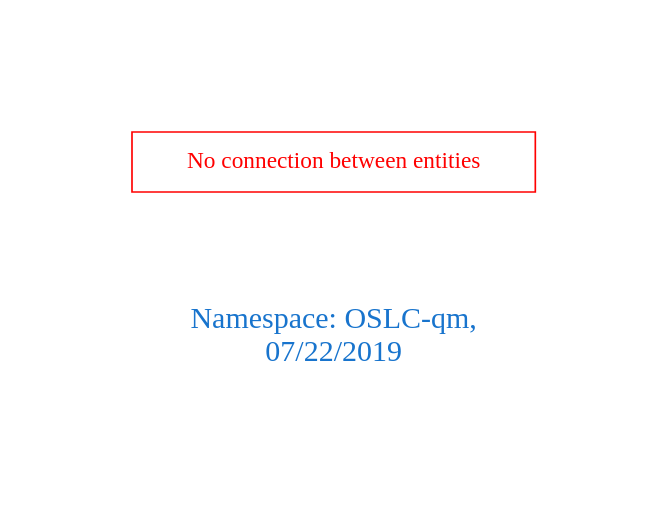
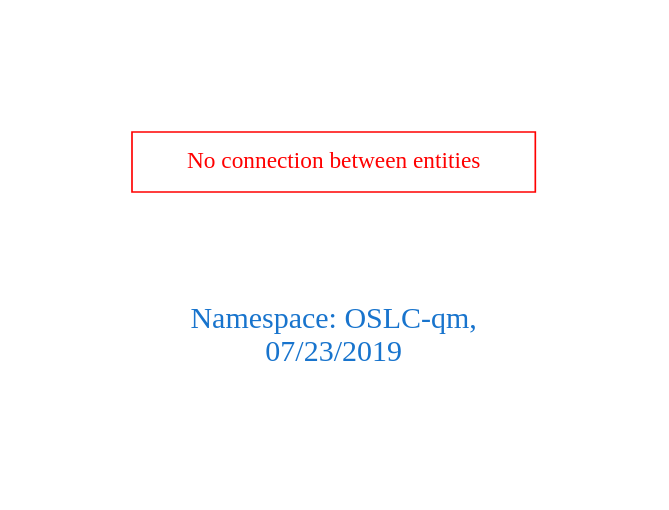
Before and after one commit to arago/OGIT: the diagram in downloads/OSLC-qm.dot, drawn with Graphviz. The commit also changed 1468 other files, not shown here.

```diff
--- a/downloads/OSLC-qm.dot
+++ b/downloads/OSLC-qm.dot
@@ -1,9 +1,9 @@
 digraph OGIT_ontology {
  graph [ rankdir= LR,pad=1 
 fontsize = 18,
-fontcolor= dodgerblue3,label = "\n\n\nNamespace: OSLC-qm, \n 07/22/2019"];
+fontcolor= dodgerblue3,label = "\n\n\nNamespace: OSLC-qm, \n 07/23/2019"];
 node[shape=polygon];
 edge [  color="gray81"];
 
 "No connection between entities" [fontcolor = "red",color="red", shape="polygon"]
 }
```
